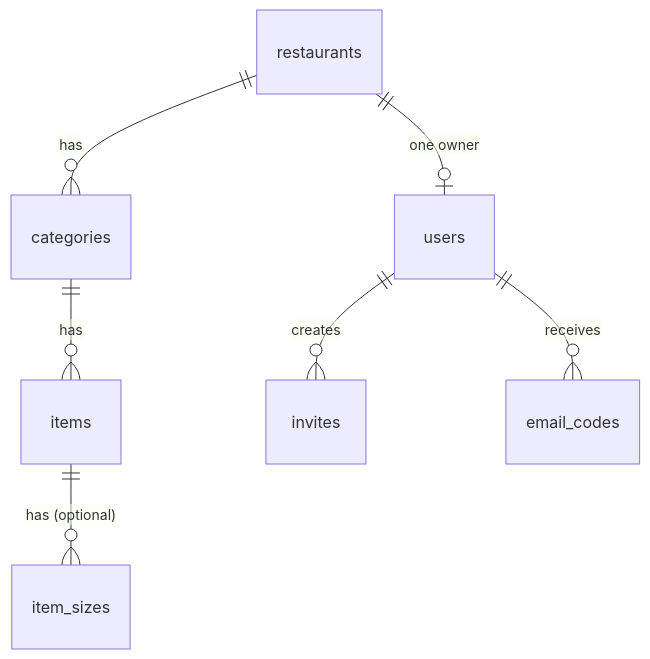
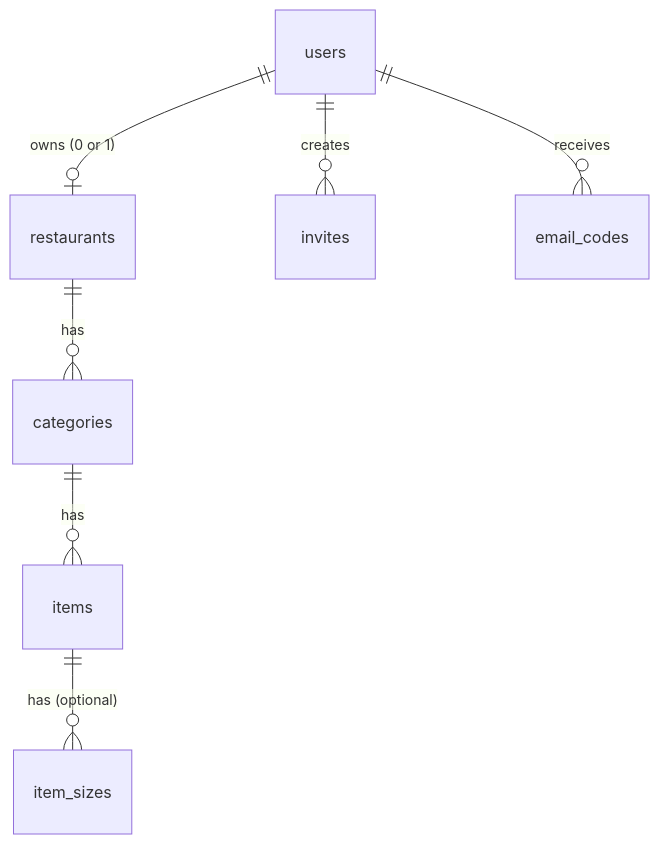
Before and after one commit to Abdallah-Khoder/qr-menu-saas: the diagram in README.md, drawn with Mermaid. The commit also changed other lines of this file and 4 other files, not shown here.

First line of the commit message:
Schema v2: UUIDs, owner_id, NUMERIC prices, free-text names

````diff
--- a/README.md
+++ b/README.md
@@ -22,9 +22,9 @@
 ```mermaid
 erDiagram
-    restaurants ||--o| users : "one owner"
+    users       ||--o| restaurants : "owns (0 or 1)"
     restaurants ||--o{ categories : has
     categories  ||--o{ items : has
     items       ||--o{ item_sizes : "has (optional)"
     users       ||--o{ invites : creates
     users       ||--o{ email_codes : receives
 ```
````
